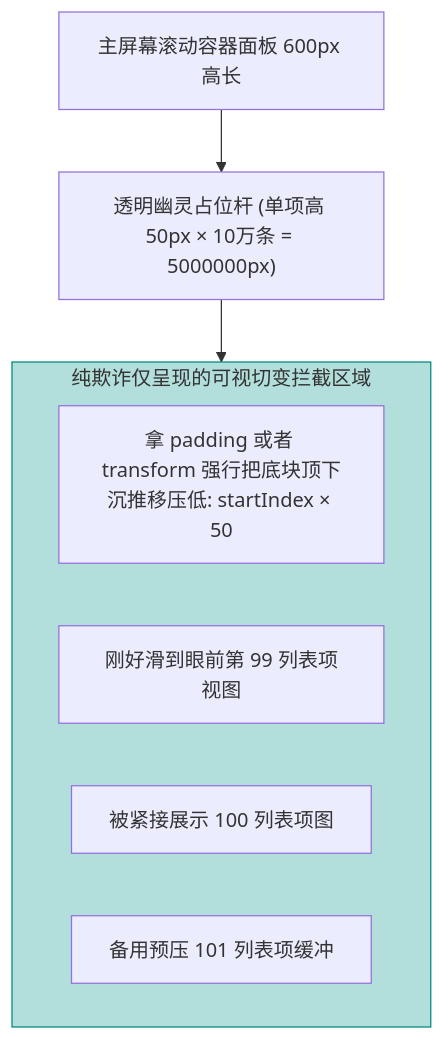
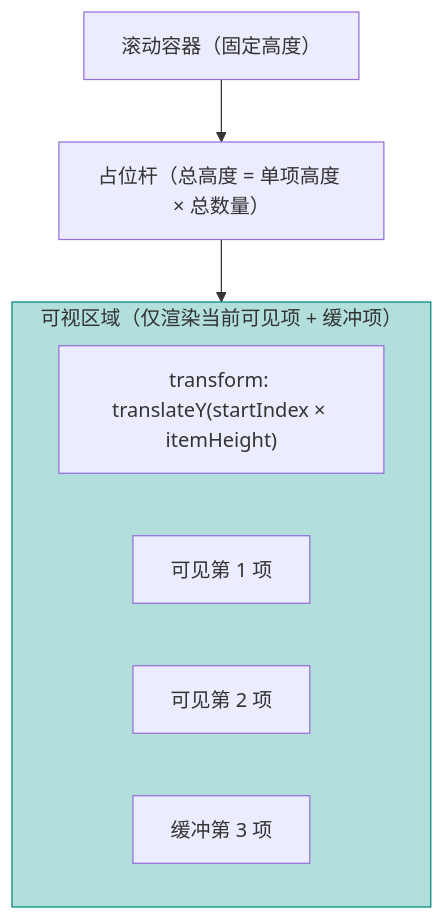
Before and after one commit to briefness/LZYBlog: the diagram in docs/posts/Vue3/09_Performance_Optimization.md, drawn with Mermaid. The commit also changed other lines of this file and 28 other files, not shown here.

````diff
--- a/docs/posts/Vue3/09_Performance_Optimization.md
+++ b/docs/posts/Vue3/09_Performance_Optimization.md
@@ -42,17 +60,16 @@
 ```mermaid
 graph TD
-    Container["主屏幕滚动容器面板 600px 高长"]
-    Phantom["透明幽灵占位杆 (单项高 50px × 10万条 = 5000000px)"]
+    Container["滚动容器（固定高度）"]
+    Phantom["占位杆（总高度 = 单项高度 × 总数量）"]
     
-    subgraph Visible ["纯欺诈仅呈现的可视切变拦截区域"]
-        padding["拿 padding 或者 transform 强行把底块顶下沉推移压低: startIndex × 50"]
-        Item1["刚好滑到眼前第 99 列表项视图"]
-        Item2["被紧接展示 100 列表项图"]
-        Item3["备用预压 101 列表项缓冲"]
+    subgraph Visible ["可视区域（仅渲染当前可见项 + 缓冲项）"]
+        padding["transform: translateY(startIndex × itemHeight)"]
+        Item1["可见第 1 项"]
+        Item2["可见第 2 项"]
+        Item3["缓冲第 3 项"]
     end
     
     Container --> Phantom
     Phantom --> Visible
-    
     style Visible fill:#b2dfdb,stroke:#00897b
 ```
````
